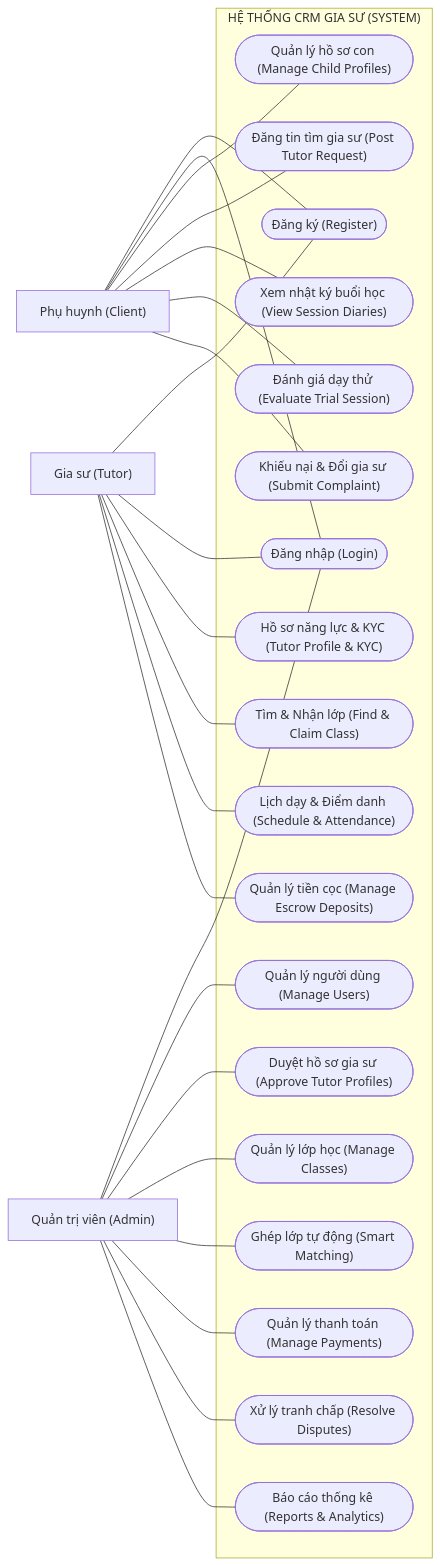
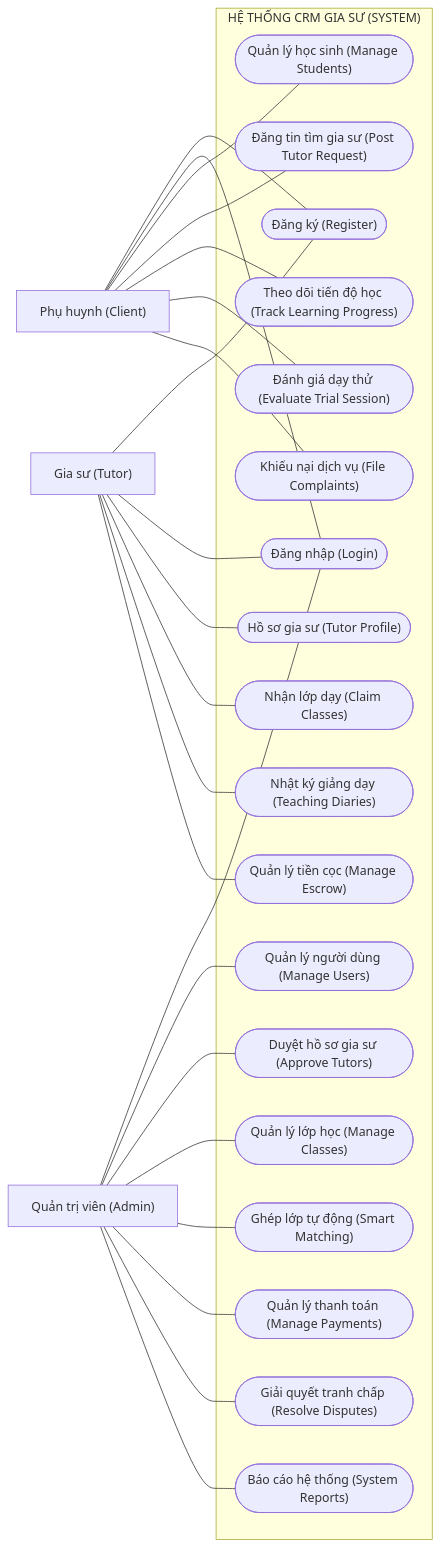
The first of 44 diagrams in docs/bao-cao-thong-do-an/06_Chuong2_UseCase_va_Sequence_CRMGiaSu.md (dung-0109/DATN_CRM_GIA_SU), drawn with Mermaid before and after one commit. The commit also changed 1 other file, not shown here.

Commit message:
refactor: loai bo hoan toan lien tu va/&, chuan hoa ten Use Case don nhat

````diff
--- a/docs/bao-cao-thong-do-an/06_Chuong2_UseCase_va_Sequence_CRMGiaSu.md
+++ b/docs/bao-cao-thong-do-an/06_Chuong2_UseCase_va_Sequence_CRMGiaSu.md
@@ -49,59 +49,59 @@
 ```mermaid
 flowchart LR
     Admin["Quản trị viên (Admin)"]
     Client["Phụ huynh (Client)"]
     Tutor["Gia sư (Tutor)"]
 
     subgraph System ["HỆ THỐNG CRM GIA SƯ (SYSTEM)"]
         %% Dùng chung
         UC_REG(["Đăng ký (Register)"])
         UC_LOG(["Đăng nhập (Login)"])
 
         %% Client
-        UC_C1(["Quản lý hồ sơ con (Manage Child Profiles)"])
+        UC_C1(["Quản lý học sinh (Manage Students)"])
         UC_C2(["Đăng tin tìm gia sư (Post Tutor Request)"])
-        UC_C3(["Xem nhật ký buổi học (View Session Diaries)"])
+        UC_C3(["Theo dõi tiến độ học (Track Learning Progress)"])
         UC_C4(["Đánh giá dạy thử (Evaluate Trial Session)"])
-        UC_C5(["Khiếu nại & Đổi gia sư (Submit Complaint)"])
+        UC_C5(["Khiếu nại dịch vụ (File Complaints)"])
 
         %% Tutor
-        UC_T1(["Hồ sơ năng lực & KYC (Tutor Profile & KYC)"])
-        UC_T2(["Tìm & Nhận lớp (Find & Claim Class)"])
-        UC_T3(["Lịch dạy & Điểm danh (Schedule & Attendance)"])
-        UC_T4(["Quản lý tiền cọc (Manage Escrow Deposits)"])
+        UC_T1(["Hồ sơ gia sư (Tutor Profile)"])
+        UC_T2(["Nhận lớp dạy (Claim Classes)"])
+        UC_T3(["Nhật ký giảng dạy (Teaching Diaries)"])
+        UC_T4(["Quản lý tiền cọc (Manage Escrow)"])
 
         %% Admin
         UC_A1(["Quản lý người dùng (Manage Users)"])
-        UC_A2(["Duyệt hồ sơ gia sư (Approve Tutor Profiles)"])
+        UC_A2(["Duyệt hồ sơ gia sư (Approve Tutors)"])
         UC_A3(["Quản lý lớp học (Manage Classes)"])
         UC_A4(["Ghép lớp tự động (Smart Matching)"])
         UC_A5(["Quản lý thanh toán (Manage Payments)"])
-        UC_A6(["Xử lý tranh chấp (Resolve Disputes)"])
-        UC_A7(["Báo cáo thống kê (Reports & Analytics)"])
+        UC_A6(["Giải quyết tranh chấp (Resolve Disputes)"])
+        UC_A7(["Báo cáo hệ thống (System Reports)"])
     end
 
     %% Nối Actor với Use Cases
     Client --- UC_REG
     Client --- UC_LOG
     Client --- UC_C1
     Client --- UC_C2
     Client --- UC_C3
     Client --- UC_C4
     Client --- UC_C5
 
     Tutor --- UC_REG
     Tutor --- UC_LOG
     Tutor --- UC_T1
     Tutor --- UC_T2
     Tutor --- UC_T3
     Tutor --- UC_T4
 
     Admin --- UC_LOG
     Admin --- UC_A1
     Admin --- UC_A2
     Admin --- UC_A3
     Admin --- UC_A4
     Admin --- UC_A5
     Admin --- UC_A6
     Admin --- UC_A7
 ```
````
